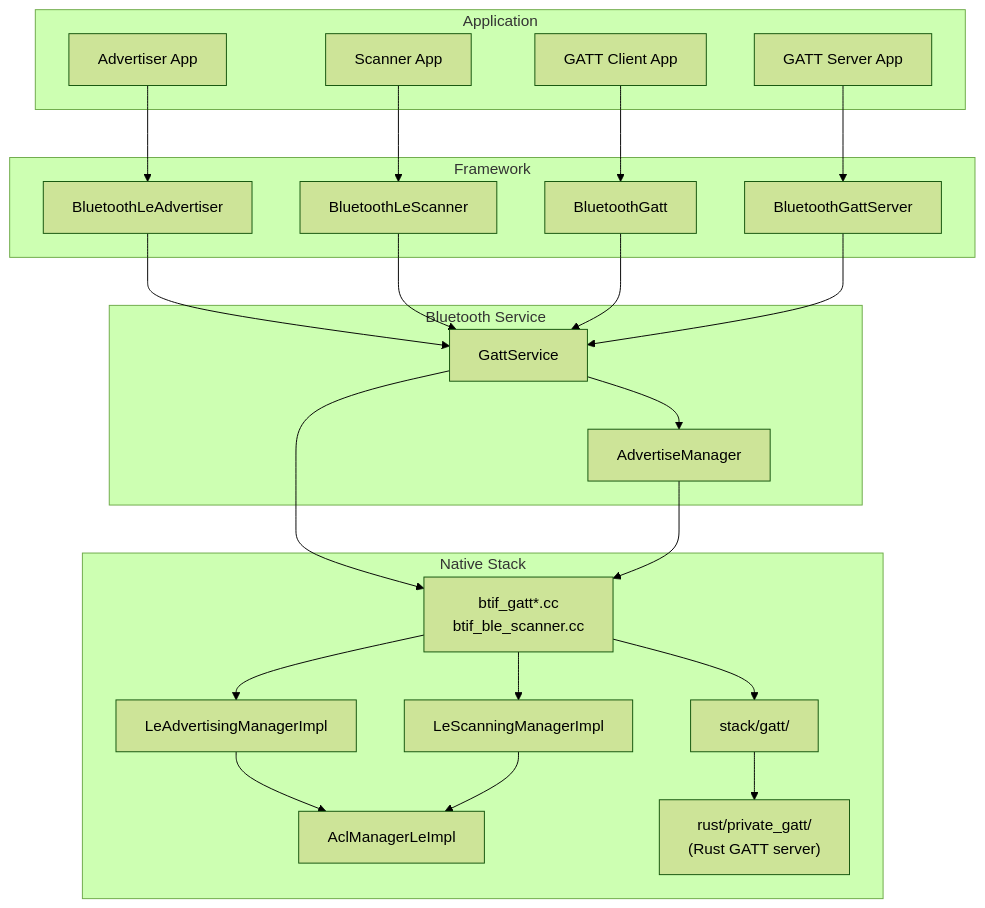
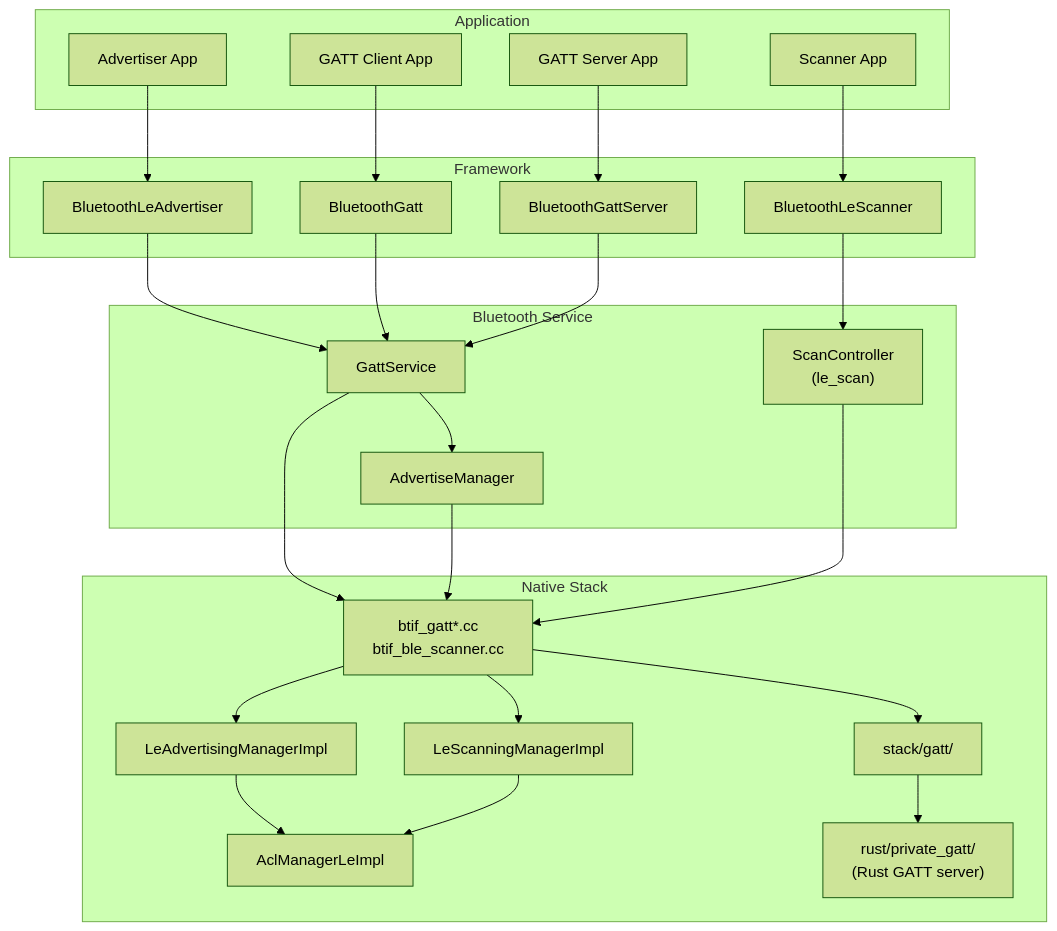
One commit to aospbooks/aosp-internal-book changed diagram 13 of 25 in 37-bluetooth.md. Above: the diagram before and after it, drawn with Mermaid (forest theme). The commit also changed other lines of this file and 218 other files, not shown here.

````diff
--- a/37-bluetooth.md
+++ b/37-bluetooth.md
@@ -1461,44 +1479,46 @@
 ```mermaid
 graph TB
     subgraph "Application"
         APP_ADV["Advertiser App"]
         APP_SCAN["Scanner App"]
         APP_GATT_C["GATT Client App"]
         APP_GATT_S["GATT Server App"]
     end
 
     subgraph "Framework"
         BLE_ADV["BluetoothLeAdvertiser"]
         BLE_SCAN["BluetoothLeScanner"]
         GATT_C["BluetoothGatt"]
         GATT_S["BluetoothGattServer"]
     end
 
     subgraph "Bluetooth Service"
         GATT_SVC["GattService"]
         ADV_MGR["AdvertiseManager"]
+        SCAN_CTRL["ScanController<br/>(le_scan)"]
     end
 
     subgraph "Native Stack"
         BTIF_GATT["btif_gatt*.cc<br/>btif_ble_scanner.cc"]
         GD_ADV["LeAdvertisingManagerImpl"]
         GD_SCAN["LeScanningManagerImpl"]
         GD_ACL["AclManagerLeImpl"]
         STACK_GATT["stack/gatt/"]
         RUST_GATT["rust/private_gatt/<br/>(Rust GATT server)"]
     end
 
     APP_ADV --> BLE_ADV --> GATT_SVC
-    APP_SCAN --> BLE_SCAN --> GATT_SVC
+    APP_SCAN --> BLE_SCAN --> SCAN_CTRL
     APP_GATT_C --> GATT_C --> GATT_SVC
     APP_GATT_S --> GATT_S --> GATT_SVC
     GATT_SVC --> ADV_MGR
     GATT_SVC --> BTIF_GATT
     ADV_MGR --> BTIF_GATT
+    SCAN_CTRL --> BTIF_GATT
     BTIF_GATT --> GD_ADV
     BTIF_GATT --> GD_SCAN
     BTIF_GATT --> STACK_GATT
     STACK_GATT --> RUST_GATT
     GD_ADV --> GD_ACL
     GD_SCAN --> GD_ACL
 ```
````
